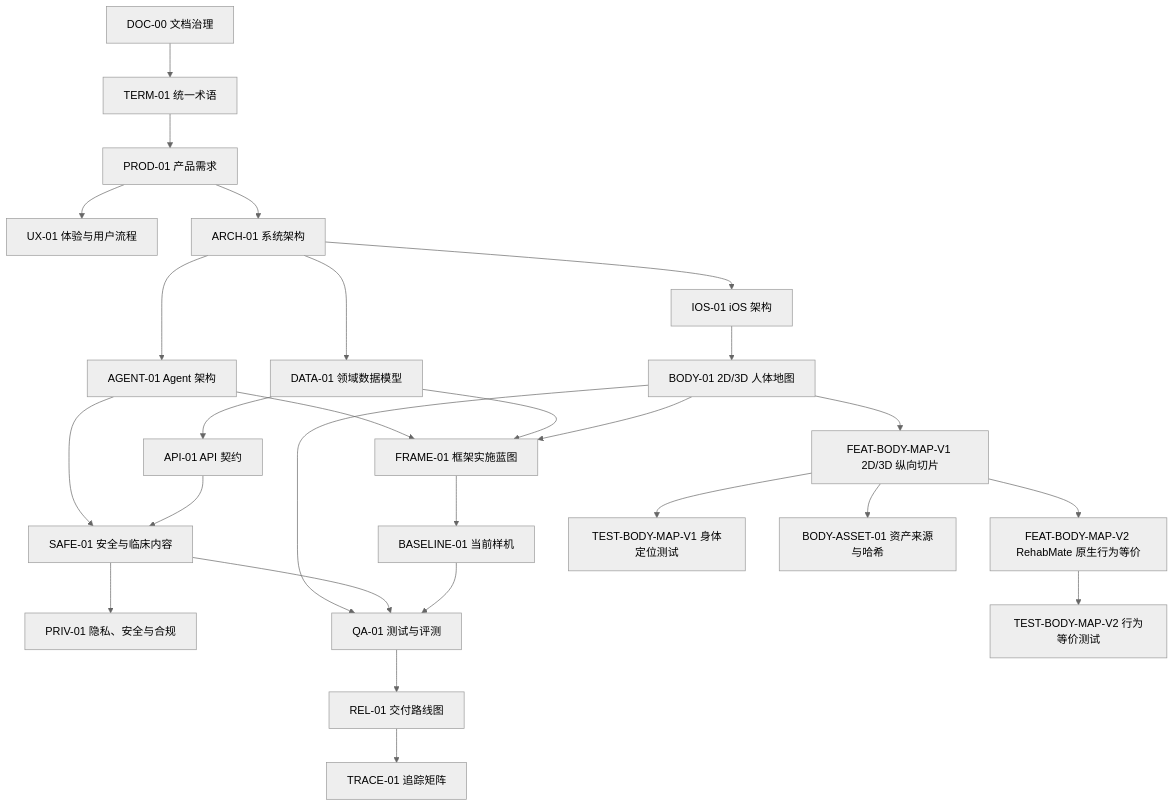
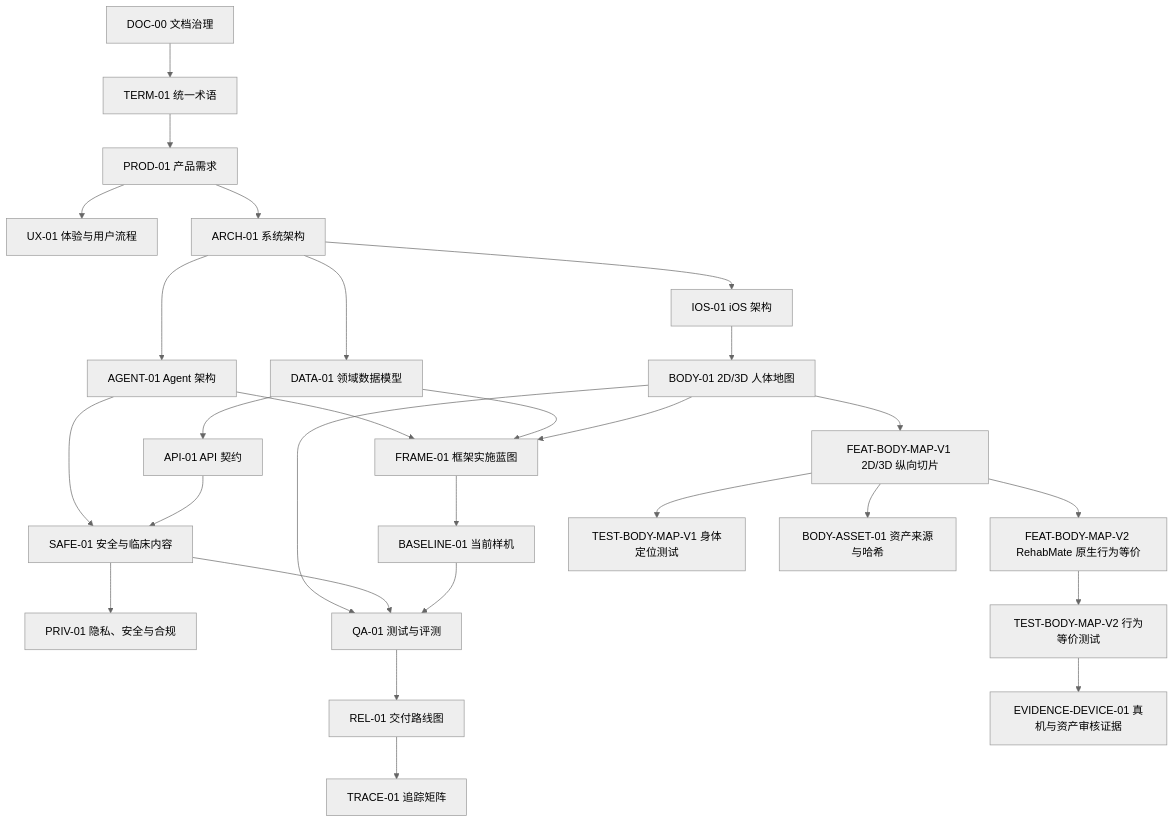
One commit to liudejua27-blip/doctor changed the diagram in docs/README.md. Above: the diagram before and after it, drawn with Mermaid (neutral theme). The commit also changed other lines of this file and 6 other files, not shown here.

````diff
--- a/docs/README.md
+++ b/docs/README.md
@@ -22,29 +22,30 @@
 ```mermaid
 flowchart TD
     A["DOC-00 文档治理"] --> B["TERM-01 统一术语"]
     B --> C["PROD-01 产品需求"]
     C --> D["UX-01 体验与用户流程"]
     C --> E["ARCH-01 系统架构"]
     E --> F["IOS-01 iOS 架构"]
     E --> G["AGENT-01 Agent 架构"]
     E --> H["DATA-01 领域数据模型"]
     H --> I["API-01 API 契约"]
     F --> J["BODY-01 2D/3D 人体地图"]
     G --> K["SAFE-01 安全与临床内容"]
     I --> K
     K --> L["PRIV-01 隐私、安全与合规"]
     J --> M["QA-01 测试与评测"]
     K --> M
     G --> R["FRAME-01 框架实施蓝图"]
     H --> R
     J --> R
     R --> S["BASELINE-01 当前样机"]
     S --> M
     M --> N["REL-01 交付路线图"]
     N --> O["TRACE-01 追踪矩阵"]
     J --> P["FEAT-BODY-MAP-V1 2D/3D 纵向切片"]
     P --> V["FEAT-BODY-MAP-V2 RehabMate 原生行为等价"]
     V --> Q["TEST-BODY-MAP-V2 行为等价测试"]
+    Q --> X["EVIDENCE-DEVICE-01 真机与资产审核证据"]
     P --> W["TEST-BODY-MAP-V1 身体定位测试"]
     P --> T["BODY-ASSET-01 资产来源与哈希"]
 ```
````
